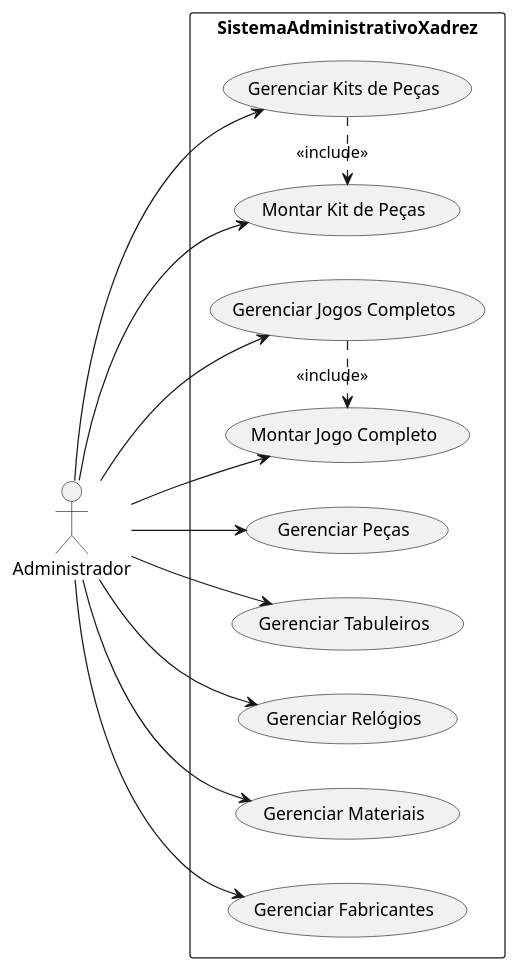
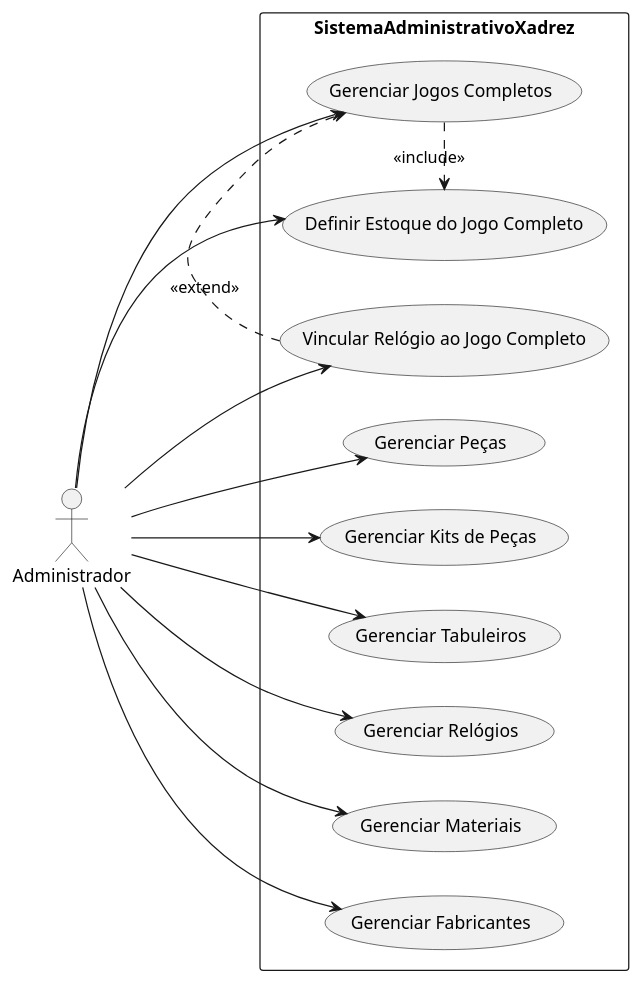
One commit to Gus7000/xadrez_e_comerce changed the diagram in diagramas/diagramaCasoDeUso.plantuml. Above: the diagram before and after it, drawn with PlantUML. The commit also changed 32 other files, not shown here.

Commit message:
mudança de todo o codigo e do uml para que seja vendido apenas 1 produto

```diff
--- a/diagramas/diagramaCasoDeUso.plantuml
+++ b/diagramas/diagramaCasoDeUso.plantuml
@@ -1,35 +1,35 @@
 @startuml DiagramaCasoDeUso
 left to right direction
 
 actor Administrador
 
 rectangle SistemaAdministrativoXadrez {
 
     usecase "Gerenciar Peças" as UC1
     usecase "Gerenciar Kits de Peças" as UC2
     usecase "Gerenciar Tabuleiros" as UC3
     usecase "Gerenciar Relógios" as UC4
     usecase "Gerenciar Jogos Completos" as UC5
     usecase "Gerenciar Materiais" as UC6
     usecase "Gerenciar Fabricantes" as UC7
 
-    usecase "Montar Kit de Peças" as UC8
-    usecase "Montar Jogo Completo" as UC9
+    usecase "Definir Estoque do Jogo Completo" as UC10
+    usecase "Vincular Relógio ao Jogo Completo" as UC11
 }
 
 Administrador --> UC1
 Administrador --> UC2
 Administrador --> UC3
 Administrador --> UC4
 Administrador --> UC5
 Administrador --> UC6
 Administrador --> UC7
-Administrador --> UC8
-Administrador --> UC9
+Administrador --> UC10
+Administrador --> UC11
 
 ' Relações
 
-UC2 .> UC8 : <<include>>
-UC5 .> UC9 : <<include>>
+UC5 .> UC10 : <<include>>
+UC11 .> UC5 : <<extend>>
 
 @enduml
```
